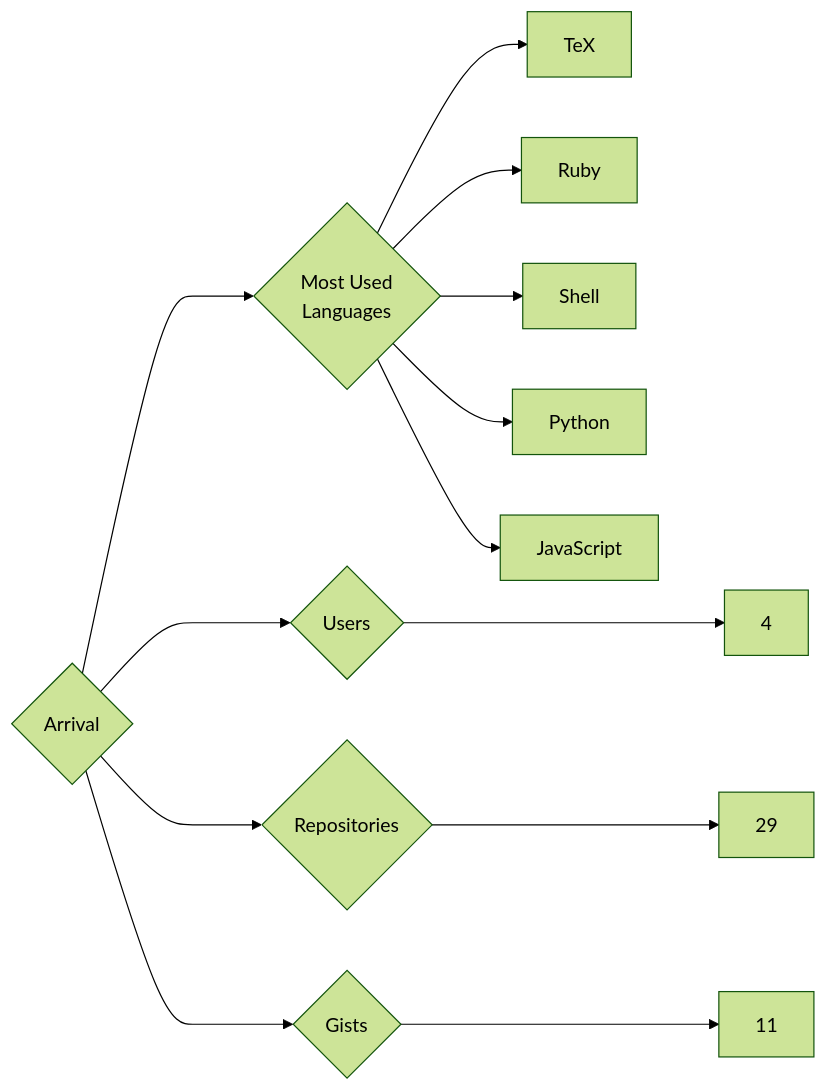
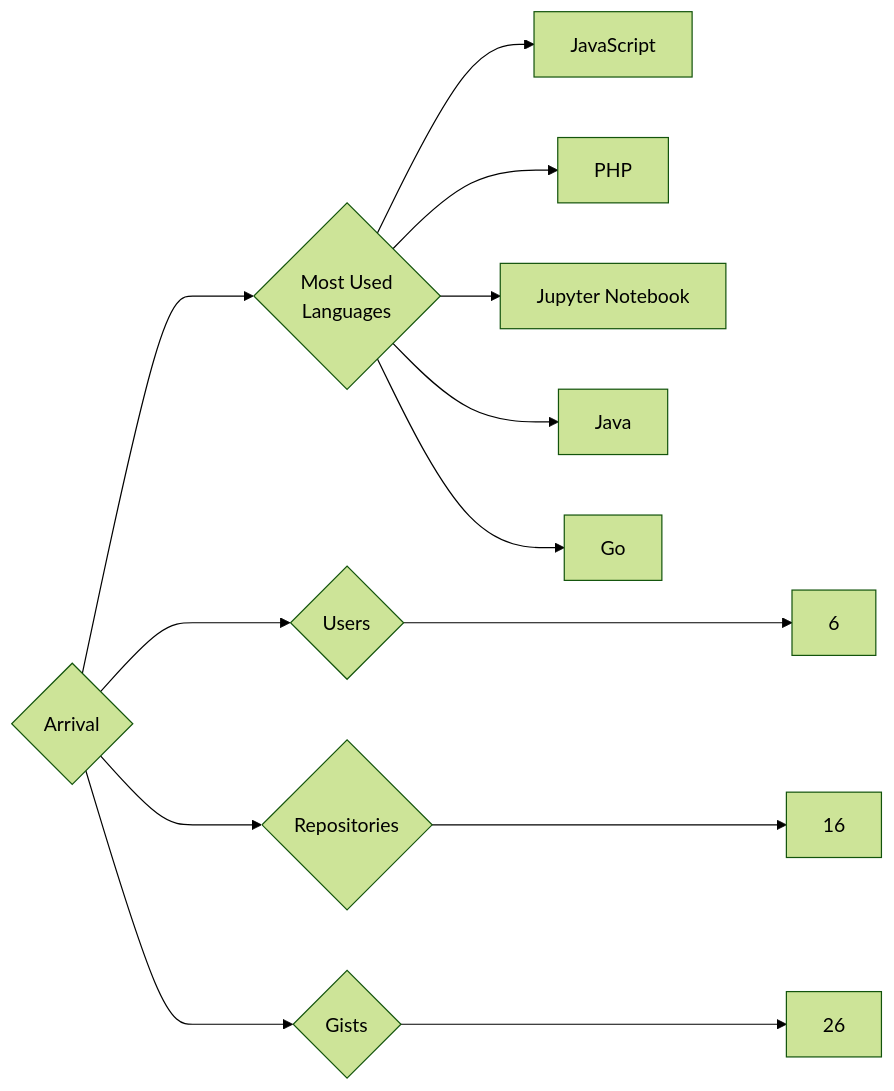
One commit to trickest/insiders changed the diagram in targets/Arrival/README.md. Above: the diagram before and after it, drawn with Mermaid (forest theme). The commit also changed 1238 other files, not shown here.

````diff
--- a/targets/Arrival/README.md
+++ b/targets/Arrival/README.md
@@ -3,13 +3,13 @@
 ```mermaid
 graph LR
 COMPANY_NAME{Arrival}
-COMPANY_NAME ---> U{Users} ---> UN[4]
-COMPANY_NAME ---> R{Repositories} ---> RN[29]
-COMPANY_NAME ---> G{Gists} ---> GN[11]
+COMPANY_NAME ---> U{Users} ---> UN[6]
+COMPANY_NAME ---> R{Repositories} ---> RN[16]
+COMPANY_NAME ---> G{Gists} ---> GN[26]
 COMPANY_NAME ---> ML{Most Used<br>Languages}
-ML --> TeX[TeX]
-ML --> Ruby[Ruby]
-ML --> Shell[Shell]
-ML --> Python[Python]
 ML --> JavaScript[JavaScript]
+ML --> PHP[PHP]
+ML --> Jupyter_Notebook[Jupyter Notebook]
+ML --> Java[Java]
+ML --> Go[Go]
 ```
````
